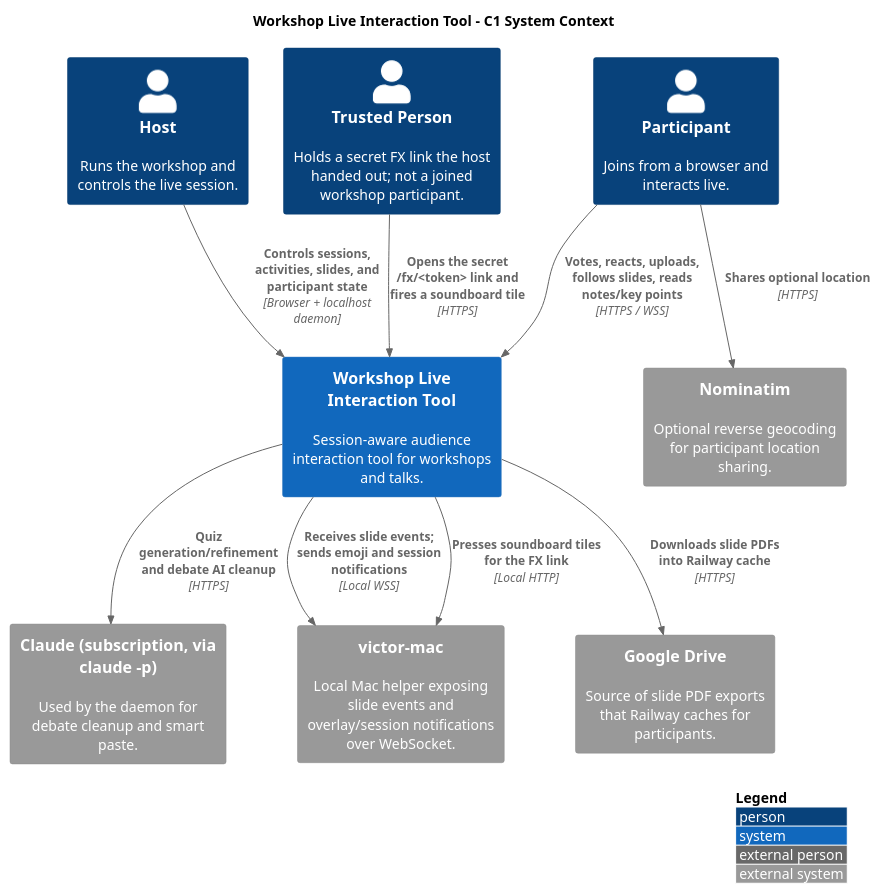
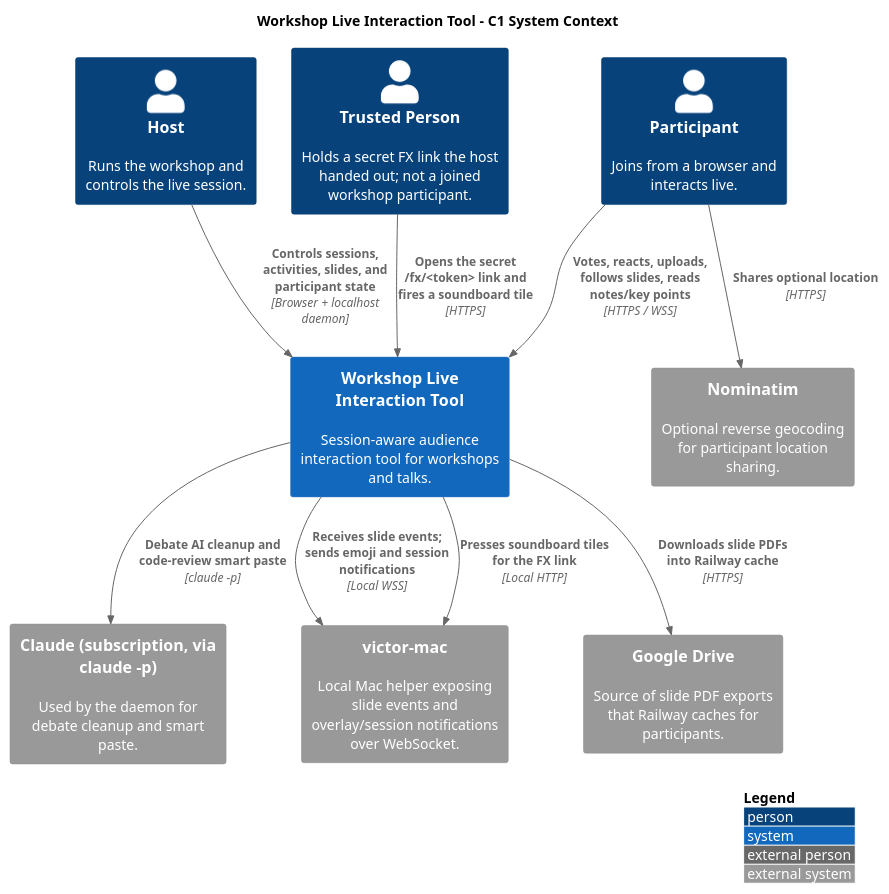
The first of 4 diagrams in ARCHITECTURE.md (victorrentea/training-assistant), drawn with PlantUML before and after one commit. The commit also changed other lines of this file and 45 other files, not shown here.

````diff
--- a/ARCHITECTURE.md
+++ b/ARCHITECTURE.md
@@ -44,29 +44,29 @@
 ```plantuml
 @startuml C1_SystemContext
 !include <C4/C4_Context>
 
 title Workshop Live Interaction Tool - C1 System Context
 LAYOUT_WITH_LEGEND()
 
 Person(host, "Host", "Runs the workshop and controls the live session.")
 Person(participant, "Participant", "Joins from a browser and interacts live.")
 Person(fx_holder, "Trusted Person", "Holds a secret FX link the host handed out; not a joined workshop participant.")
 
 System(workshop, "Workshop Live Interaction Tool", "Session-aware audience interaction tool for workshops and talks.")
 
 System_Ext(claude_api, "Claude (subscription, via claude -p)", "Used by the daemon for debate cleanup and smart paste.")
 System_Ext(macos_addons, "victor-mac", "Local Mac helper exposing slide events and overlay/session notifications over WebSocket.")
 System_Ext(nominatim, "Nominatim", "Optional reverse geocoding for participant location sharing.")
 System_Ext(google_drive, "Google Drive", "Source of slide PDF exports that Railway caches for participants.")
 
 Rel(host, workshop, "Controls sessions, activities, slides, and participant state", "Browser + localhost daemon")
 Rel(participant, workshop, "Votes, reacts, uploads, follows slides, reads notes/key points", "HTTPS / WSS")
 Rel(fx_holder, workshop, "Opens the secret /fx/<token> link and fires a soundboard tile", "HTTPS")
 
-Rel(workshop, claude_api, "Quiz generation/refinement and debate AI cleanup", "HTTPS")
+Rel(workshop, claude_api, "Debate AI cleanup and code-review smart paste", "claude -p")
 Rel(workshop, macos_addons, "Receives slide events; sends emoji and session notifications", "Local WSS")
 Rel(workshop, macos_addons, "Presses soundboard tiles for the FX link", "Local HTTP")
 Rel(participant, nominatim, "Shares optional location", "HTTPS")
 Rel(workshop, google_drive, "Downloads slide PDFs into Railway cache", "HTTPS")
 @enduml
 ```
````
